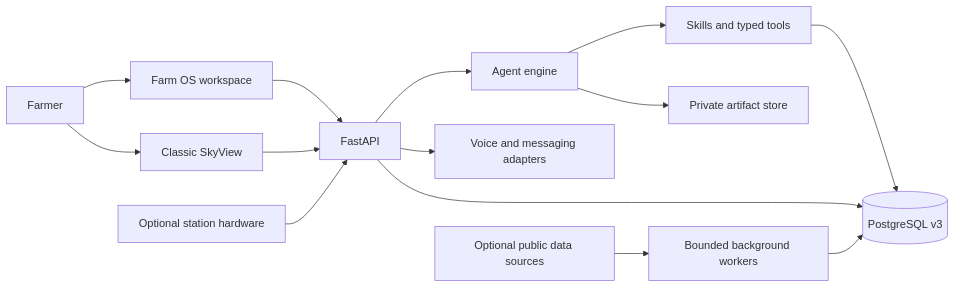
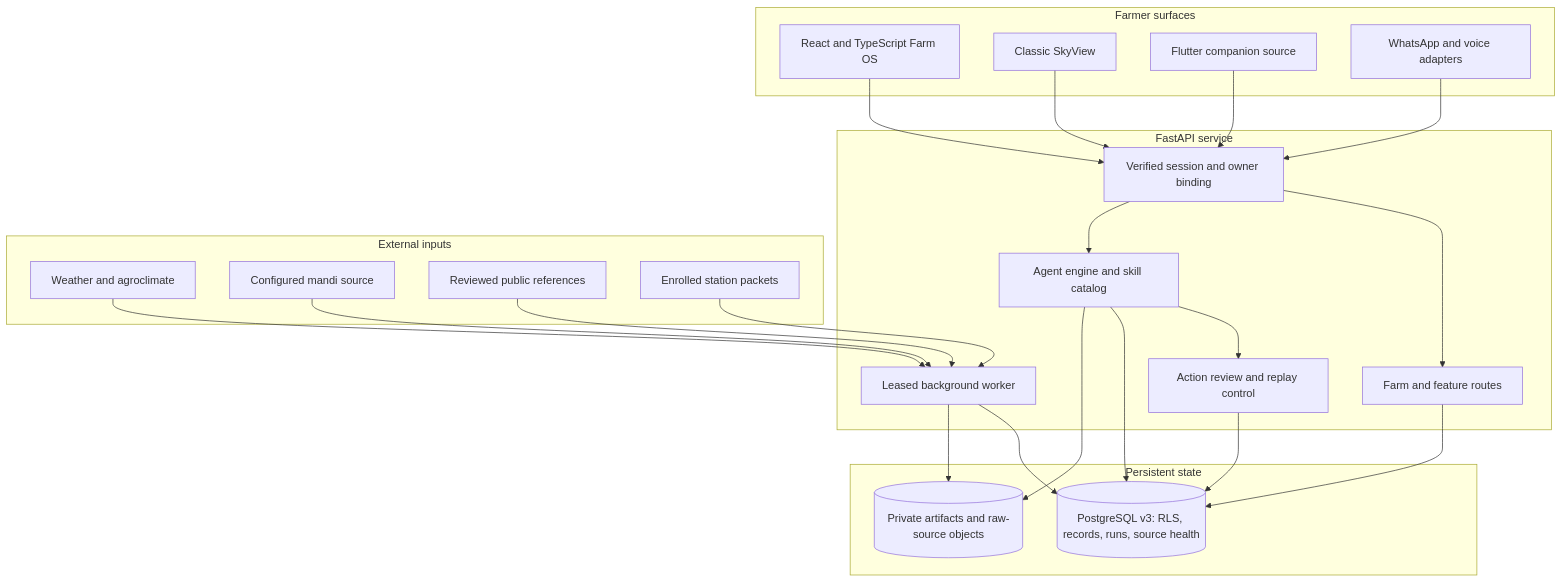
Before and after one commit to vvinayakkk/kisan-mitra-farm-os: the third of 5 diagrams in README.md, drawn with Mermaid. The commit also changed other lines of this file and 53 other files, not shown here.

````diff
--- a/README.md
+++ b/README.md
@@ -113,16 +153,33 @@
 ```mermaid
-flowchart LR
-    F[Farmer] --> W[Farm OS workspace]
-    F --> C[Classic SkyView]
-    W --> API[FastAPI]
-    C --> API
-    API --> A[Agent engine]
-    A --> S[Skills and typed tools]
-    S --> DB[(PostgreSQL v3)]
-    API --> DB
-    A --> ART[Private artifact store]
-    API --> VOICE[Voice and messaging adapters]
-    WORK[Bounded background workers] --> DB
-    EXT[Optional public data sources] --> WORK
-    HW[Optional station hardware] --> API
+flowchart TB
+    subgraph Surfaces[Farmer surfaces]
+        WEB[React and TypeScript Farm OS]
+        CLASSIC[Classic SkyView]
+        MOBILE[Flutter companion source]
+        WA[WhatsApp and voice adapters]
+    end
+    subgraph Service[FastAPI service]
+        AUTH[Verified session and owner binding]
+        ROUTES[Farm and feature routes]
+        AGENT[Agent engine and skill catalog]
+        APPROVAL[Action review and replay control]
+        WORKER[Leased background worker]
+    end
+    subgraph Storage[Persistent state]
+        PG[(PostgreSQL v3: RLS, records, runs, source health)]
+        OBJECTS[(Private artifacts and raw-source objects)]
+    end
+    subgraph Sources[External inputs]
+        WEATHER[Weather and agroclimate]
+        OGD[Configured mandi source]
+        REVIEWED[Reviewed public references]
+        DEVICE[Enrolled station packets]
+    end
+    WEB & CLASSIC & MOBILE & WA --> AUTH
+    AUTH --> ROUTES & AGENT
+    AGENT --> APPROVAL --> PG
+    AGENT --> PG & OBJECTS
+    ROUTES --> PG
+    WEATHER & OGD & REVIEWED & DEVICE --> WORKER
+    WORKER --> PG & OBJECTS
 ```
````
